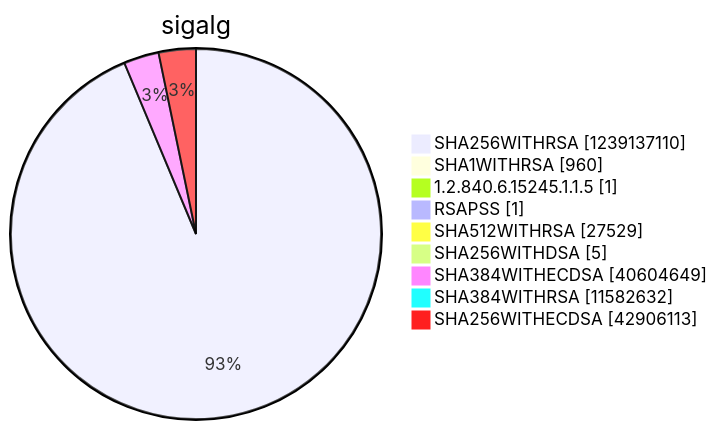
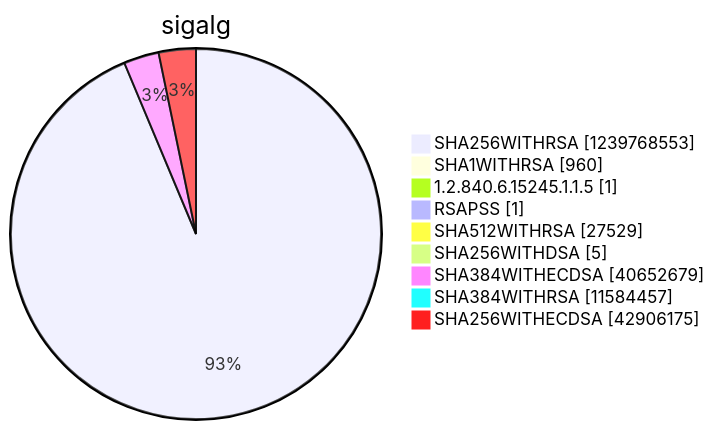
One commit to christiankrug/ctmonitor_visualization changed diagram 15 of 15 in argon2022/README.md. Above: the diagram before and after it, drawn with Mermaid. The commit also changed other lines of this file, not shown here.

````diff
--- a/argon2022/README.md
+++ b/argon2022/README.md
@@ -5522,13 +5522,13 @@
 ```mermaid
 pie showData
 title sigalg
-"SHA256WITHRSA" :1239137110
+"SHA256WITHRSA" :1239768553
 "SHA1WITHRSA" :960
 "1.2.840.6.15245.1.1.5" :1
 "RSAPSS" :1
 "SHA512WITHRSA" :27529
 "SHA256WITHDSA" :5
-"SHA384WITHECDSA" :40604649
-"SHA384WITHRSA" :11582632
-"SHA256WITHECDSA" :42906113
+"SHA384WITHECDSA" :40652679
+"SHA384WITHRSA" :11584457
+"SHA256WITHECDSA" :42906175
 ```
````
